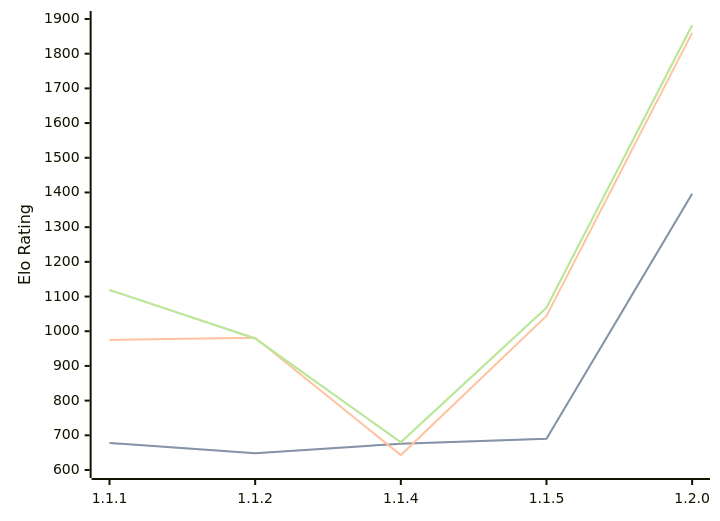
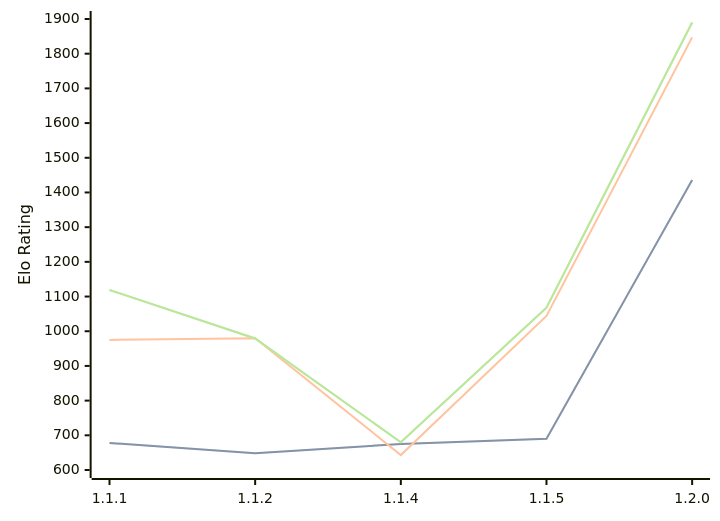
The third of 3 diagrams in engines/ChessCore.md (computer-chess-index/cci), drawn with Mermaid before and after one commit. The commit also changed other lines of this file, not shown here.

Commit message:
Update CCI Ratings (ELO VLTC) - 2026-06-27

````diff
--- a/engines/ChessCore.md
+++ b/engines/ChessCore.md
@@ -69,11 +69,11 @@
 ```mermaid
 %%{init: {"theme":"base","themeVariables":{"seriesColors:['#a3a3a3','#222221','#faa371']}}}%%
 xychart-beta
   x-axis ["1.1.1", "1.1.2", "1.1.4", "1.1.5", "1.2.0"]
   y-axis "Elo Rating" 600 --> 1900
-  line "STC (8.0+0.08s)" [678, 648, 676, 690, 1396]
-  line "STC (8.0+0.08s)" [678, 648, 676, 690, 1396]
-  line "LTC (60.0+0.60s)" [975, 981, 643, 1044, 1860]
-  line "VLTC (2m24s+1.12s)" [1119, 979, 680, 1068, 1882]
-  line "VLTC (2m24s+1.12s)" [1119, 979, 680, 1068, 1882]
+  line "STC (8.0+0.08s)" [678, 648, 675, 690, 1436]
+  line "STC (8.0+0.08s)" [678, 648, 675, 690, 1436]
+  line "LTC (60.0+0.60s)" [975, 980, 643, 1044, 1847]
+  line "VLTC (2m24s+1.12s)" [1119, 979, 680, 1068, 1890]
+  line "VLTC (2m24s+1.12s)" [1119, 979, 680, 1068, 1890]
 ```
````
